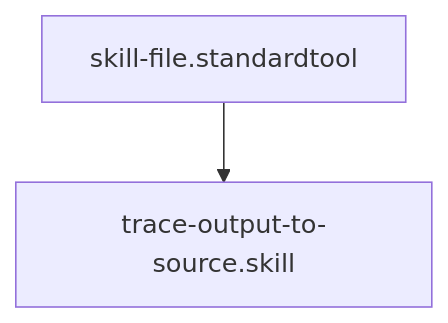
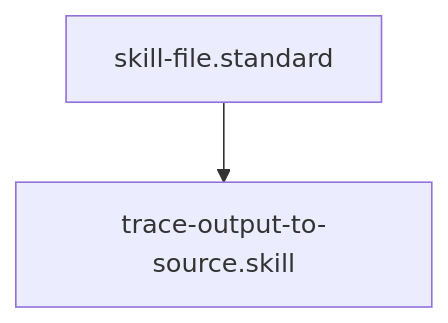
Before and after one commit to Gizmo4Life/ai-kernel: the diagram in skills/trace-output-to-source.skill.md, drawn with Mermaid. The commit also changed other lines of this file and 89 other files, not shown here.

````diff
--- a/skills/trace-output-to-source.skill.md
+++ b/skills/trace-output-to-source.skill.md
@@ -27,4 +28,4 @@
 ```mermaid
 graph TD
-    skill-file.standardtool --> trace-output-to-source.skill
+    skill-file.standard --> trace-output-to-source.skill
 ```
````
